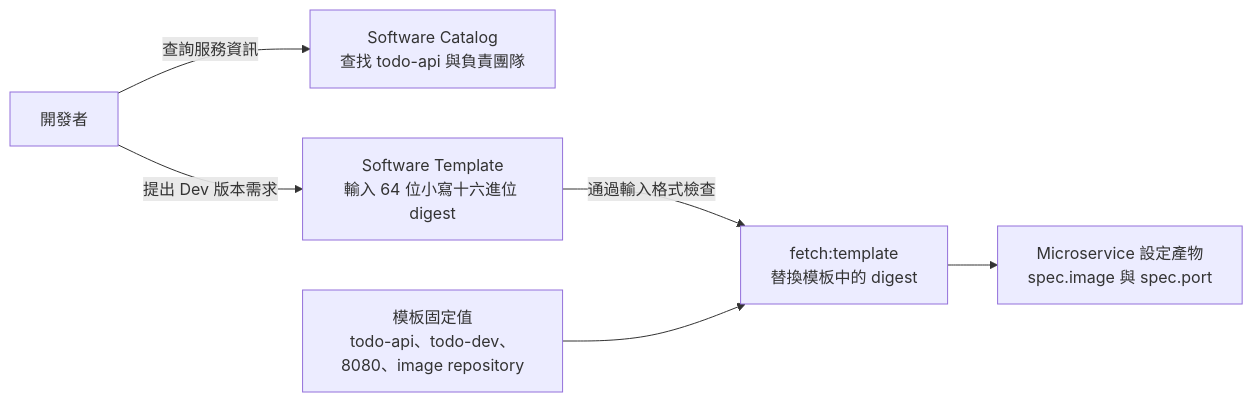
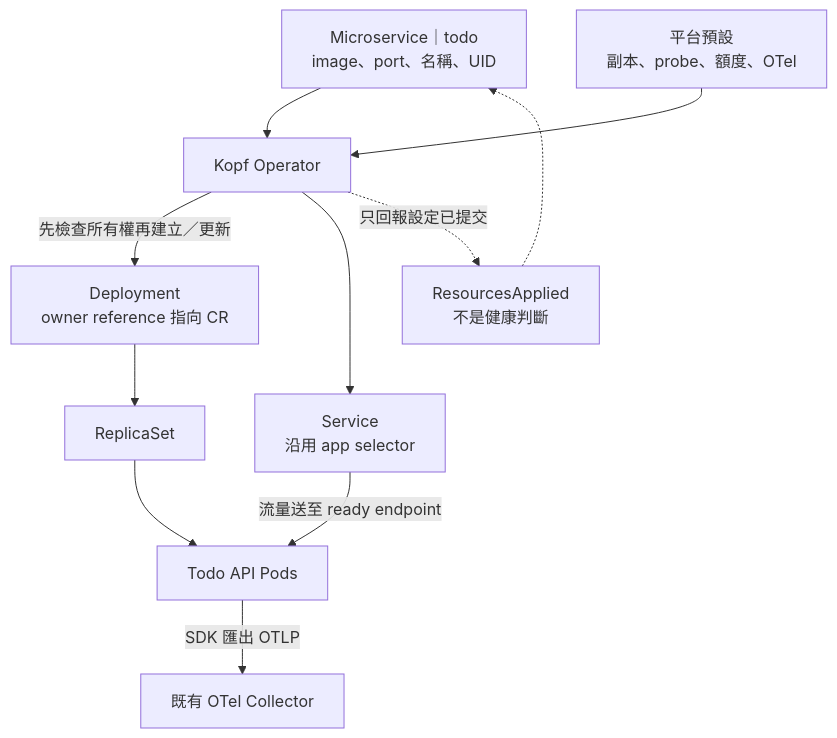
One commit to yrw9281/IT30.Platform.Engineering changed the diagram in doc/zh-tw/D21.md. Above: the diagram before and after it, drawn with Mermaid. The commit also changed other lines of this file and 30 other files, not shown here.

````diff
--- a/doc/zh-tw/D21.md
+++ b/doc/zh-tw/D21.md
@@ -69,14 +120,12 @@
 ```mermaid
-flowchart LR
-    Developer["開發者"]
-    Catalog["Software Catalog<br/>查找 todo-api 與負責團隊"]
-    Form["Software Template<br/>輸入 64 位小寫十六進位 digest"]
-    Fixed["模板固定值<br/>todo-api、todo-dev、8080、image repository"]
-    Render["fetch:template<br/>替換模板中的 digest"]
-    CR["Microservice 設定產物<br/>spec.image 與 spec.port"]
-    Developer -->|"查詢服務資訊"| Catalog
-    Developer -->|"提出 Dev 版本需求"| Form
-    Form -->|"通過輸入格式檢查"| Render
-    Fixed --> Render
-    Render --> CR
+flowchart TD
+    CR["Microservice｜todo<br/>image、port、名稱、UID"] --> Operator["Kopf Operator"]
+    Defaults["平台預設<br/>副本、probe、額度、OTel"] --> Operator
+    Operator -->|"先檢查所有權再建立／更新"| Deployment["Deployment<br/>owner reference 指向 CR"]
+    Operator --> Service["Service<br/>沿用 app selector"]
+    Deployment --> ReplicaSet["ReplicaSet"] --> Pods["Todo API Pods"]
+    Service -->|"流量送至 ready endpoint"| Pods
+    Pods -->|"SDK 匯出 OTLP"| Collector["既有 OTel Collector"]
+    Operator -.->|"只回報設定已提交"| Applied["ResourcesApplied<br/>不是健康判斷"]
+    Applied -.-> CR
 ```
````
